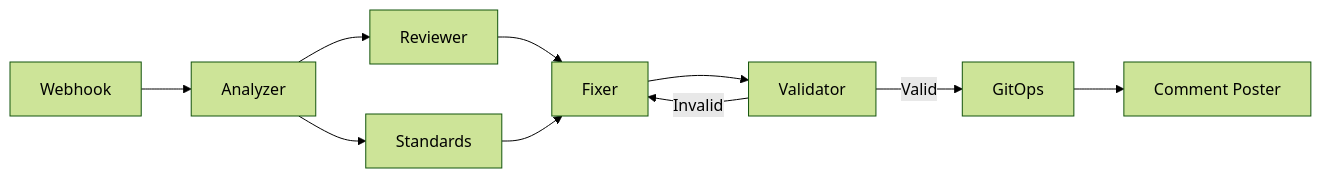
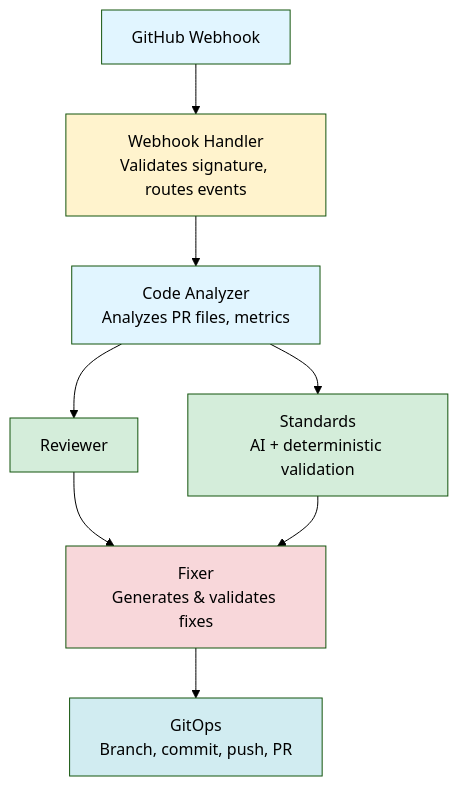
The diagram in README.md (yongchenglow/af-code-agent), drawn with Mermaid (forest theme) before and after one commit. The commit also changed other lines of this file and 6 other files, not shown here.

````diff
--- a/README.md
+++ b/README.md
@@ -141,12 +74,18 @@
 ```mermaid
-graph LR
-    A[Webhook] --> B[Analyzer]
-    B --> C[Reviewer]
-    B --> D[Standards]
-    C --> E[Fixer]
-    D --> E
-    E --> F[Validator]
-    F -->|Invalid| E
-    F -->|Valid| G[GitOps]
-    G --> H[Comment Poster]
+flowchart TB
+    A[GitHub Webhook] --> B[Webhook Handler<br/>Validates signature, routes events]
+    B --> C[Code Analyzer<br/>Analyzes PR files, metrics]
+    C --> D[Reviewer]
+    C --> E[Standards<br/>AI + deterministic validation]
+    D --> F[Fixer<br/>Generates & validates fixes]
+    E --> F
+    F --> G[GitOps<br/>Branch, commit, push, PR]
+    
+    style A fill:#e1f5ff
+    style B fill:#fff3cd
+    style C fill:#e1f5ff
+    style D fill:#d4edda
+    style E fill:#d4edda
+    style F fill:#f8d7da
+    style G fill:#d1ecf1
 ```
````
